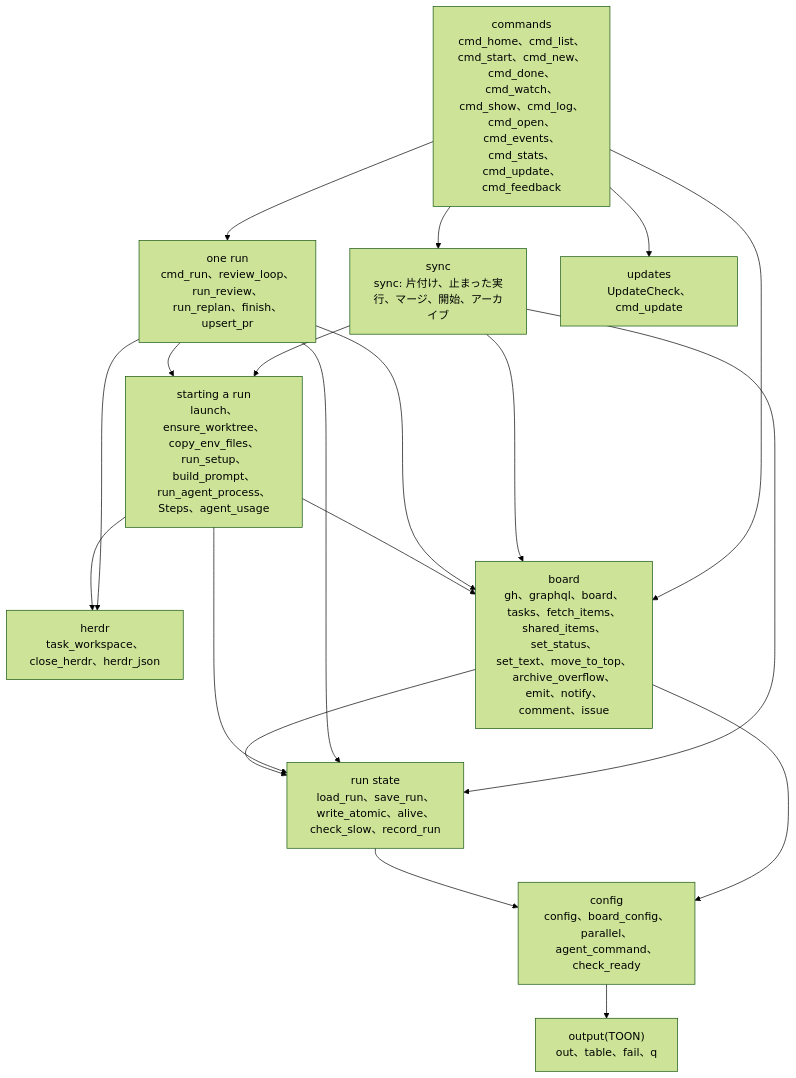
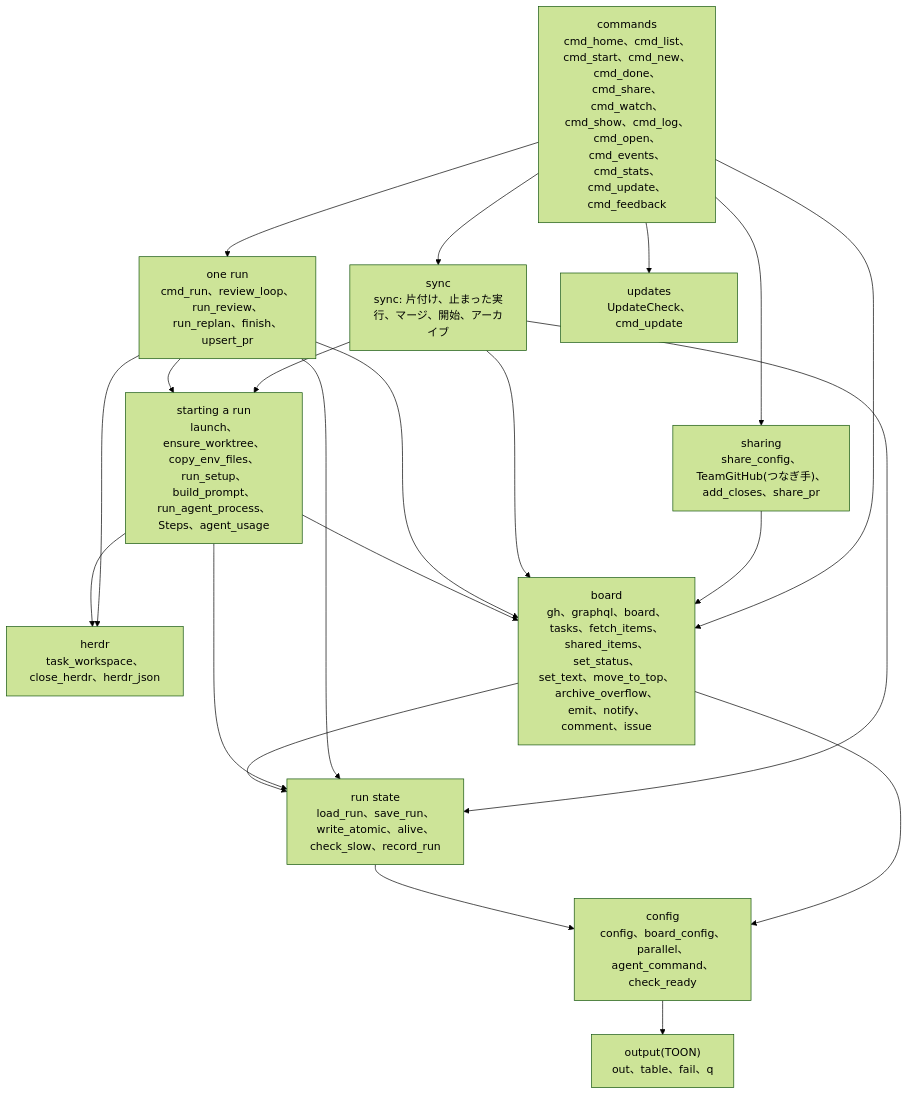
The first of 8 diagrams in docs/architecture/lld.md (dip-ka-jo/task-hub-1), drawn with Mermaid (forest theme) before and after one commit. The commit also changed other lines of this file and 8 other files, not shown here.

````diff
--- a/docs/architecture/lld.md
+++ b/docs/architecture/lld.md
@@ -11,32 +11,35 @@
 ```mermaid
 flowchart TB
-    commands["commands<br/>cmd_home、cmd_list、cmd_start、cmd_new、cmd_done、cmd_watch、<br/>cmd_show、cmd_log、cmd_open、cmd_events、cmd_stats、cmd_update、cmd_feedback"]
+    commands["commands<br/>cmd_home、cmd_list、cmd_start、cmd_new、cmd_done、cmd_share、cmd_watch、<br/>cmd_show、cmd_log、cmd_open、cmd_events、cmd_stats、cmd_update、cmd_feedback"]
+    sharing["sharing<br/>share_config、TeamGitHub(つなぎ手)、add_closes、share_pr"]
     sync["sync<br/>sync: 片付け、止まった実行、マージ、開始、アーカイブ"]
     runone["one run<br/>cmd_run、review_loop、run_review、run_replan、finish、upsert_pr"]
     start["starting a run<br/>launch、ensure_worktree、copy_env_files、run_setup、build_prompt、<br/>run_agent_process、Steps、agent_usage"]
     herdr["herdr<br/>task_workspace、close_herdr、herdr_json"]
     runstate["run state<br/>load_run、save_run、write_atomic、alive、check_slow、record_run"]
     boardl["board<br/>gh、graphql、board、tasks、fetch_items、shared_items、set_status、<br/>set_text、move_to_top、archive_overflow、emit、notify、comment、issue"]
     config["config<br/>config、board_config、parallel、agent_command、check_ready"]
     output["output(TOON)<br/>out、table、fail、q"]
     updates["updates<br/>UpdateCheck、cmd_update"]
 
     commands --> sync
     commands --> runone
     commands --> boardl
     commands --> updates
+    commands --> sharing
+    sharing --> boardl
     sync --> start
     sync --> boardl
     sync --> runstate
     runone --> start
     runone --> boardl
     runone --> runstate
     runone --> herdr
     start --> herdr
     start --> runstate
     start --> boardl
     boardl --> runstate
     boardl --> config
     runstate --> config
     config --> output
 ```
````
